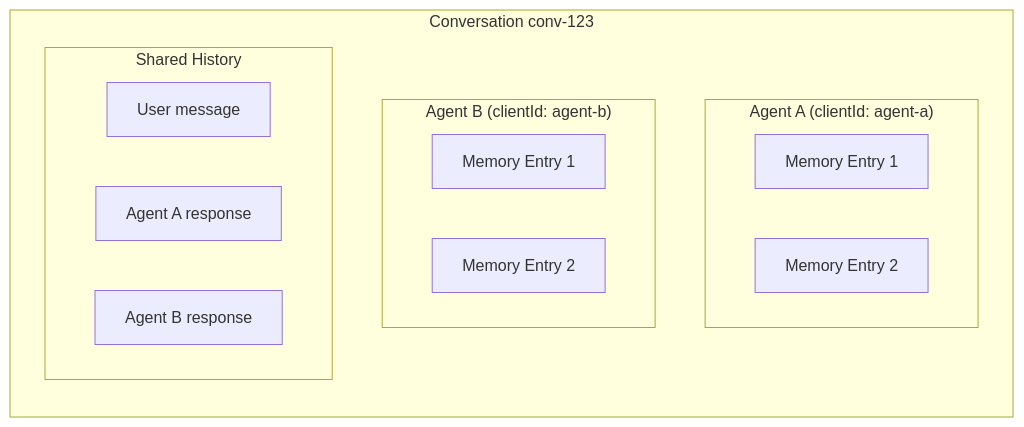
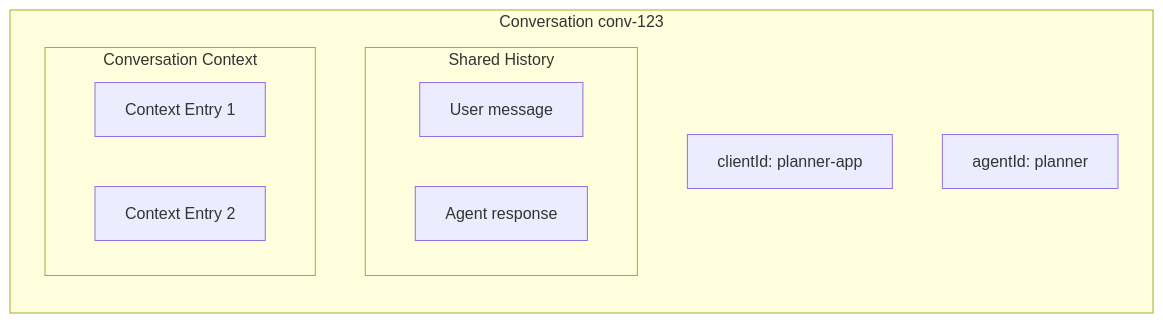
Before and after one commit to chirino/memory-service: the third of 15 diagrams in docs/entry-data-model.md, drawn with Mermaid. The commit also changed other lines of this file and 44 other files, not shown here.

````diff
--- a/docs/entry-data-model.md
+++ b/docs/entry-data-model.md
@@ -106,18 +111,15 @@
 ```mermaid
 flowchart LR
     subgraph "Conversation conv-123"
-        subgraph "Agent A (clientId: agent-a)"
-            MA1[Memory Entry 1]
-            MA2[Memory Entry 2]
-        end
-        subgraph "Agent B (clientId: agent-b)"
-            MB1[Memory Entry 1]
-            MB2[Memory Entry 2]
-        end
+        CID[clientId: planner-app]
+        AG[agentId: planner]
         subgraph "Shared History"
             H1[User message]
-            H2[Agent A response]
-            H3[Agent B response]
+            H2[Agent response]
+        end
+        subgraph "Conversation Context"
+            MA1[Context Entry 1]
+            MA2[Context Entry 2]
         end
     end
 ```
````
